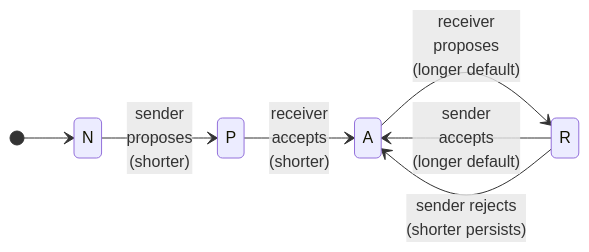
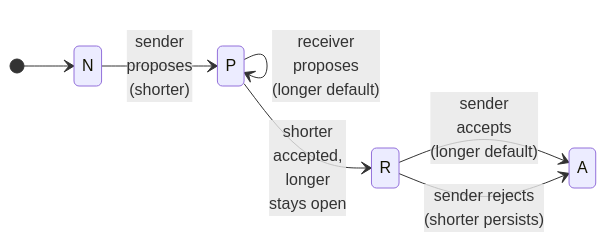
The fifth of 6 diagrams in docs/topics/process_models/em/defaults.md (CERTCC/Vultron), drawn with Mermaid before and after one commit. The commit also changed other lines of this file and 23 other files, not shown here.

````diff
--- a/docs/topics/process_models/em/defaults.md
+++ b/docs/topics/process_models/em/defaults.md
@@ -240,10 +250,10 @@
 ```mermaid
 stateDiagram-v2
     direction LR
     [*] --> N
     N --> P : sender<br/>proposes<br/>(shorter)
-    P --> A : receiver<br/>accepts<br/>(shorter)
-    A --> R : receiver<br/>proposes<br/>(longer default)
+    P --> P : receiver<br/>proposes<br/>(longer default)
+    P --> R : shorter<br/>accepted,<br/>longer<br/>stays open
     R --> A : sender<br/>accepts<br/>(longer default)
     R --> A : sender rejects<br/>(shorter persists)
 ```
````
